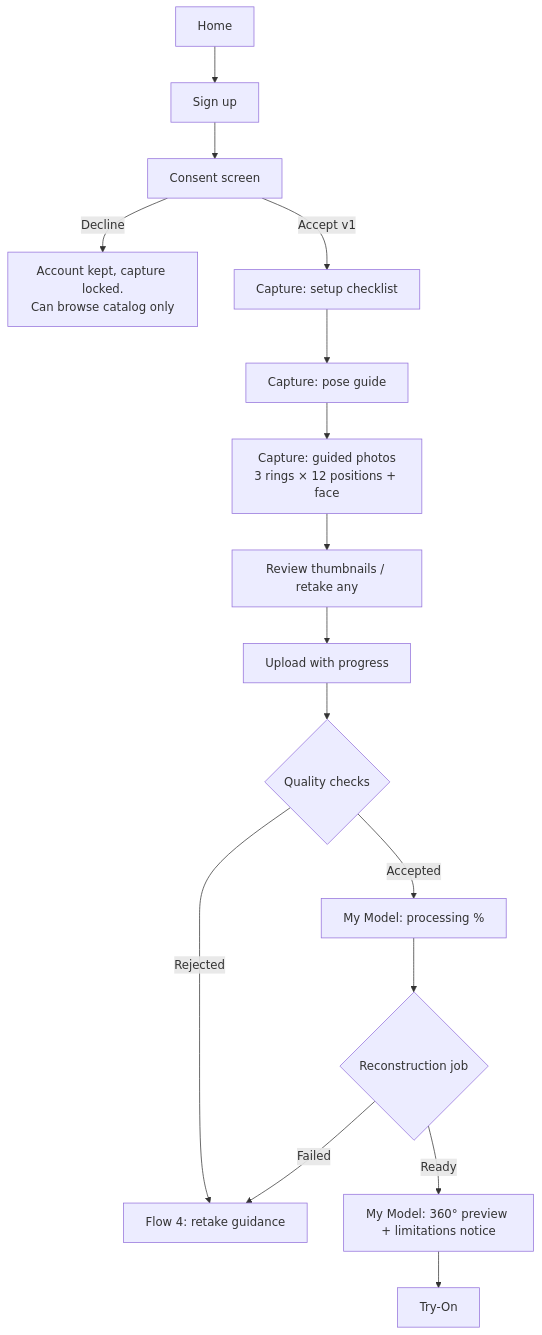
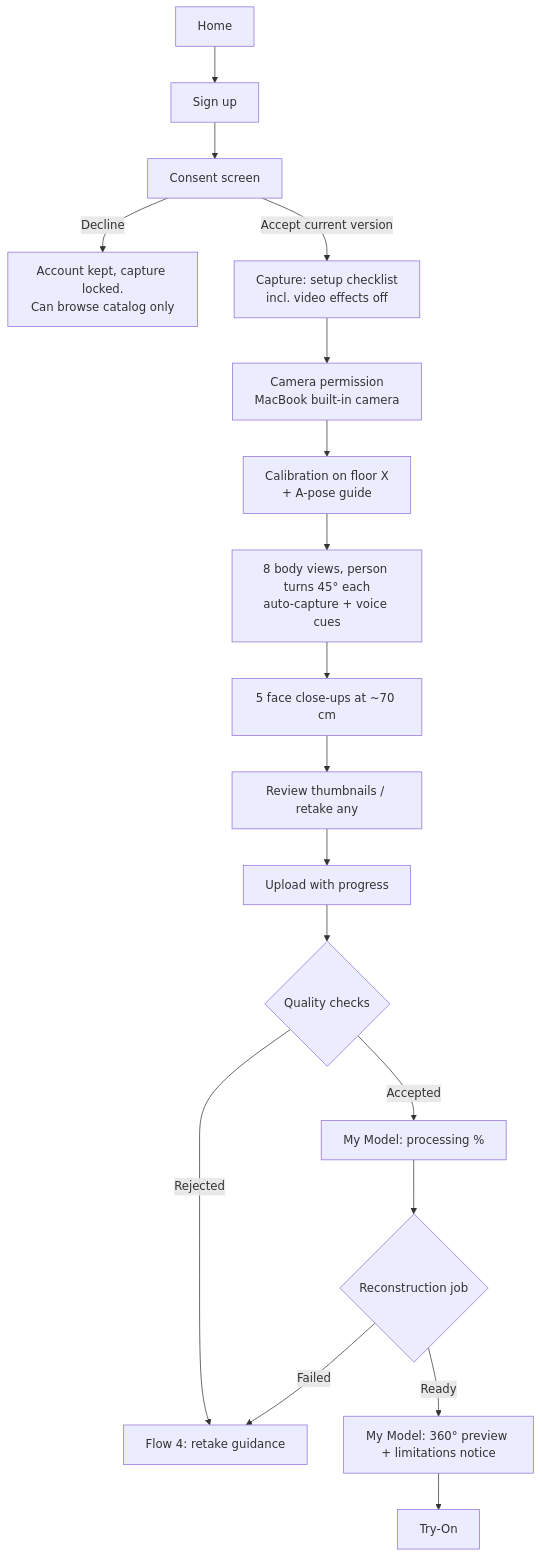
Before and after one commit to Sreanghourhy/AI-Powered-3D-Virtual-Fitting-Room: the first of 4 diagrams in docs/user-flows.md, drawn with Mermaid. The commit also changed other lines of this file and 21 other files, not shown here.

First line of the commit message:
docs: CR-01 MacBook built-in camera replaces phone capture (pending approval)

````diff
--- a/docs/user-flows.md
+++ b/docs/user-flows.md
@@ -9,18 +9,20 @@
 ```mermaid
 flowchart TD
     A[Home] --> B[Sign up]
     B --> C[Consent screen]
     C -- Decline --> C1[Account kept, capture locked.<br/>Can browse catalog only]
-    C -- Accept v1 --> D[Capture: setup checklist]
-    D --> E[Capture: pose guide]
-    E --> F[Capture: guided photos<br/>3 rings × 12 positions + face]
-    F --> G[Review thumbnails / retake any]
+    C -- Accept current version --> D[Capture: setup checklist<br/>incl. video effects off]
+    D --> D2[Camera permission<br/>MacBook built-in camera]
+    D2 --> E[Calibration on floor X<br/>+ A-pose guide]
+    E --> F[8 body views, person turns 45° each<br/>auto-capture + voice cues]
+    F --> F2[5 face close-ups at ~70 cm]
+    F2 --> G[Review thumbnails / retake any]
     G --> H[Upload with progress]
     H --> I{Quality checks}
     I -- Rejected --> R[Flow 4: retake guidance]
     I -- Accepted --> J[My Model: processing %]
     J --> K{Reconstruction job}
     K -- Failed --> R
     K -- Ready --> L[My Model: 360° preview + limitations notice]
     L --> M[Try-On]
 ```
````
